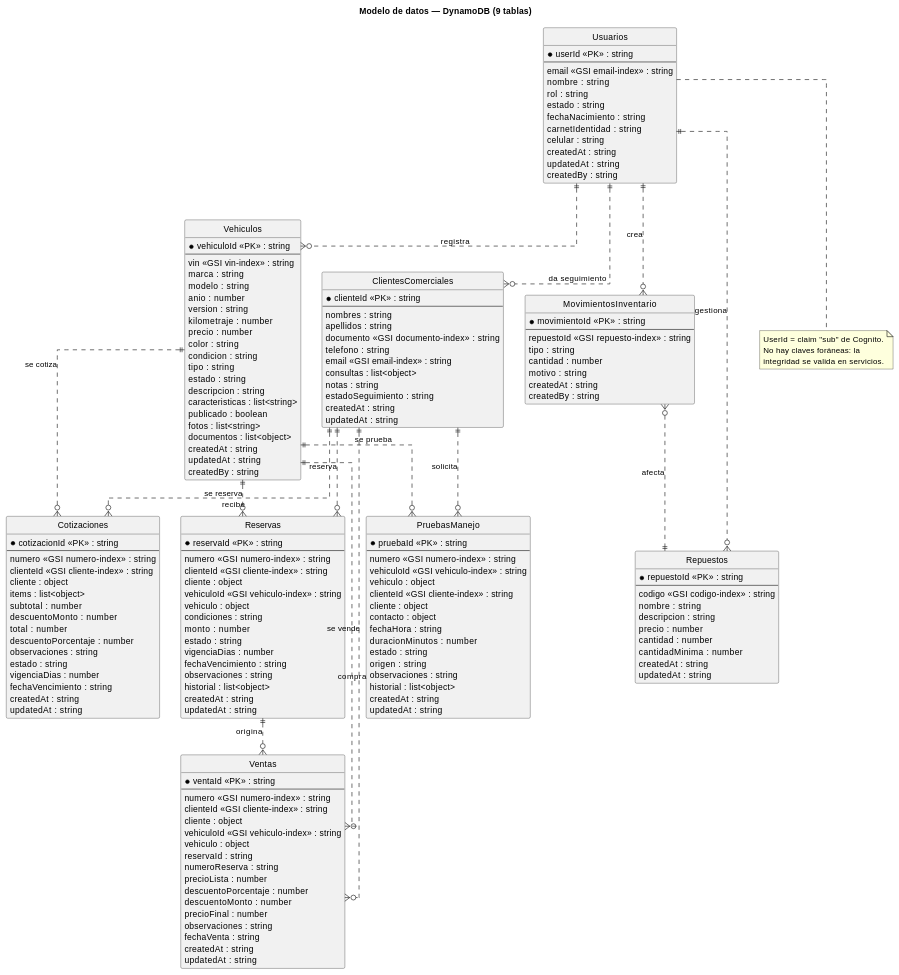
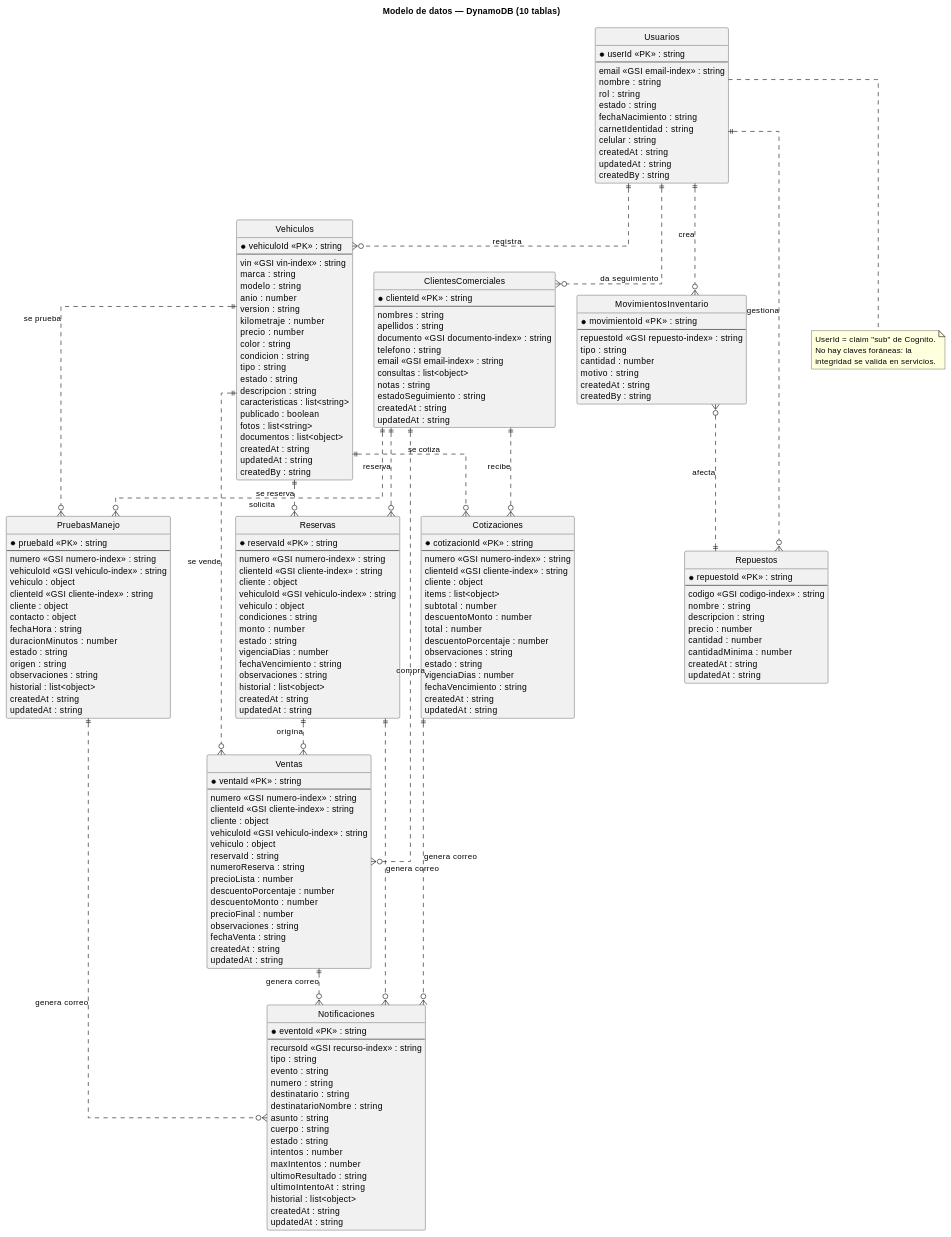
Before and after one commit to dgschahvqvc17/Concesionaria-BMW: the fourth of 16 diagrams in documentacion/diagramas.md, drawn with PlantUML. The commit also changed other lines of this file and 41 other files, not shown here.

````diff
--- a/documentacion/diagramas.md
+++ b/documentacion/diagramas.md
@@ -205,6 +210,6 @@
 ```plantuml
 @startuml
-title Modelo de datos — DynamoDB (9 tablas)
+title Modelo de datos — DynamoDB (10 tablas)
 hide circle
 skinparam shadowing false
 skinparam linetype ortho
@@ -364,6 +369,27 @@
   updatedAt : string
 }
 
+entity "Notificaciones" as notificaciones {
+  * eventoId <<PK>> : string
+  --
+  recursoId <<GSI recurso-index>> : string
+  tipo : string
+  evento : string
+  numero : string
+  destinatario : string
+  destinatarioNombre : string
+  asunto : string
+  cuerpo : string
+  estado : string
+  intentos : number
+  maxIntentos : number
+  ultimoResultado : string
+  ultimoIntentoAt : string
+  historial : list<object>
+  createdAt : string
+  updatedAt : string
+}
+
 usuarios ||..o{ movimientos : "crea"
 usuarios ||..o{ vehiculos : "registra"
 movimientos }o..|| repuestos : "afecta"
@@ -378,6 +404,10 @@
 reservas ||..o{ ventas : "origina"
 vehiculos ||..o{ pruebas : "se prueba"
 clientes ||..o{ pruebas : "solicita"
+reservas ||..o{ notificaciones : "genera correo"
+cotizaciones ||..o{ notificaciones : "genera correo"
+pruebas ||..o{ notificaciones : "genera correo"
+ventas ||..o{ notificaciones : "genera correo"
 
 note bottom of usuarios
   UserId = claim "sub" de Cognito.
````
